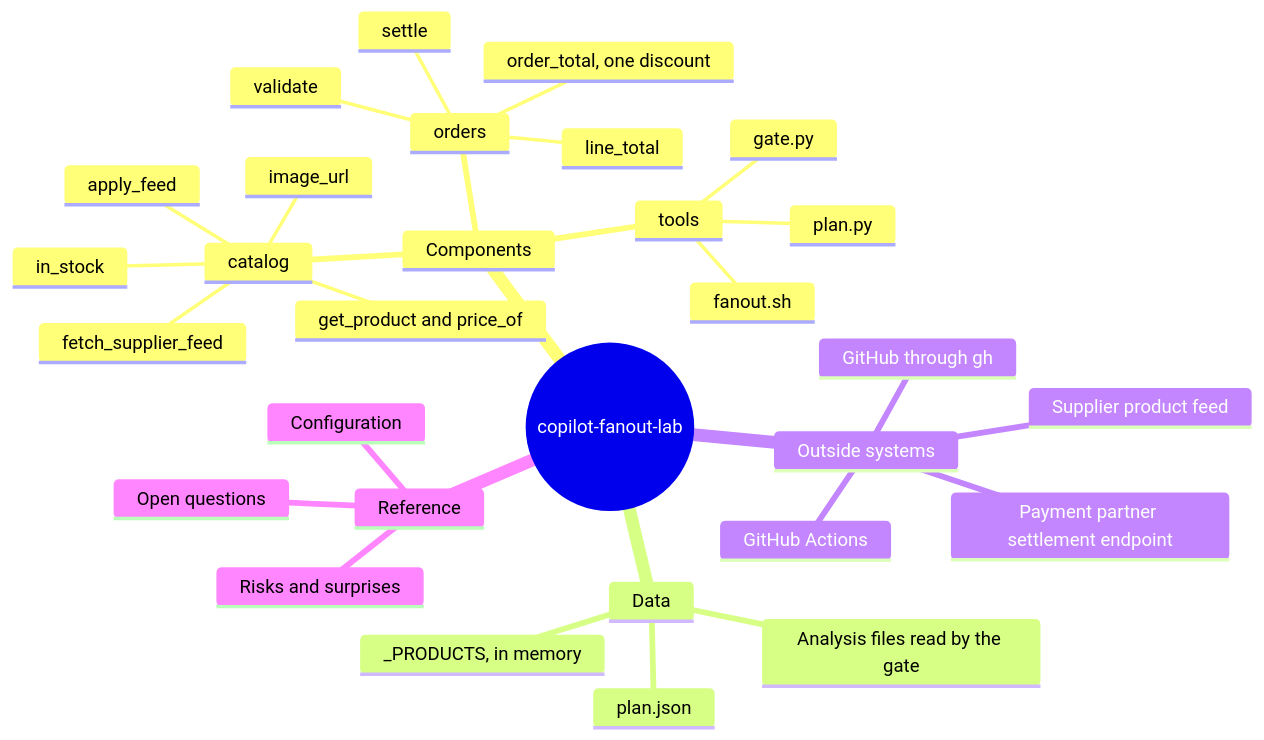
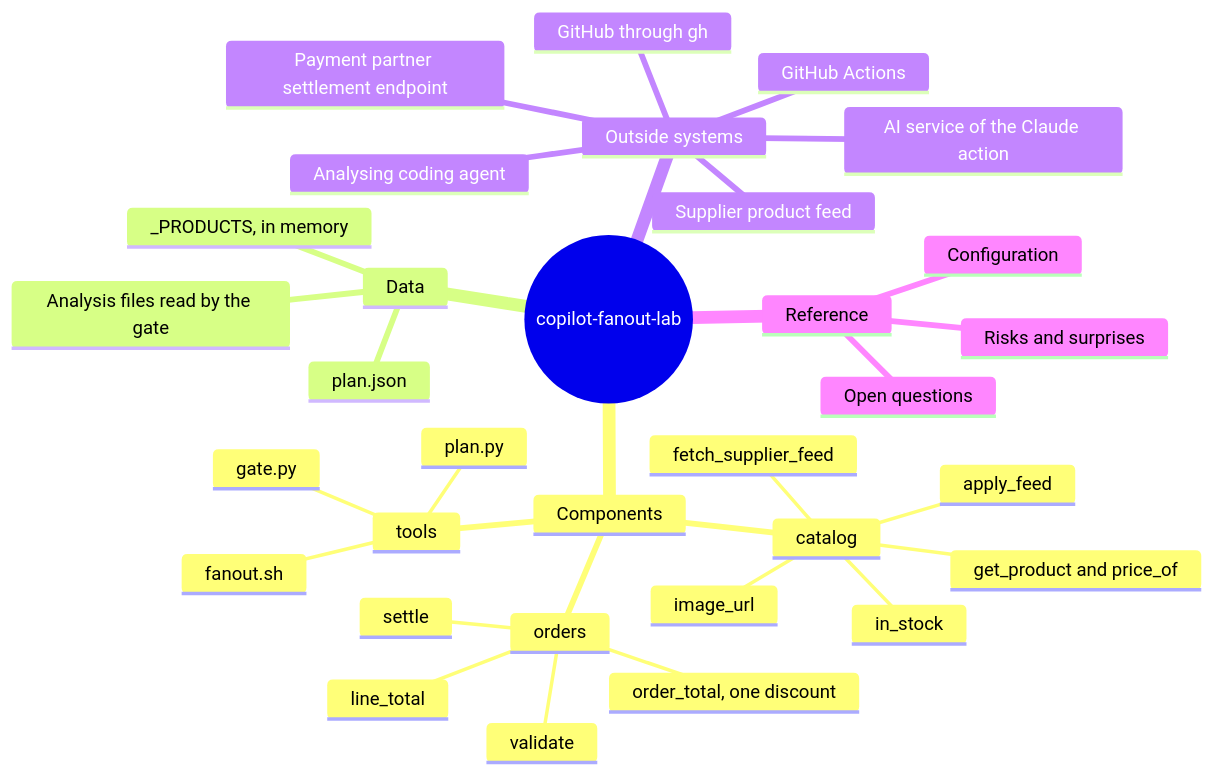
One commit to vishalc412/copilot-fanout-lab changed the first of 4 diagrams in bible/00-mind-map.md. Above: the diagram before and after it, drawn with Mermaid. The commit also changed other lines of this file and 30 other files, not shown here.

````diff
--- a/bible/00-mind-map.md
+++ b/bible/00-mind-map.md
@@ -5,33 +5,35 @@
 ```mermaid
 mindmap
   root((copilot-fanout-lab))
     Components
       catalog
         get_product and price_of
         in_stock
         image_url
         fetch_supplier_feed
         apply_feed
       orders
         line_total
         order_total, one discount
         validate
         settle
       tools
         plan.py
         gate.py
         fanout.sh
     Data
       _PRODUCTS, in memory
       plan.json
       Analysis files read by the gate
     Outside systems
       Payment partner settlement endpoint
       Supplier product feed
       GitHub through gh
       GitHub Actions
+      Analysing coding agent
+      AI service of the Claude action
     Reference
       Risks and surprises
       Open questions
       Configuration
 ```
````
